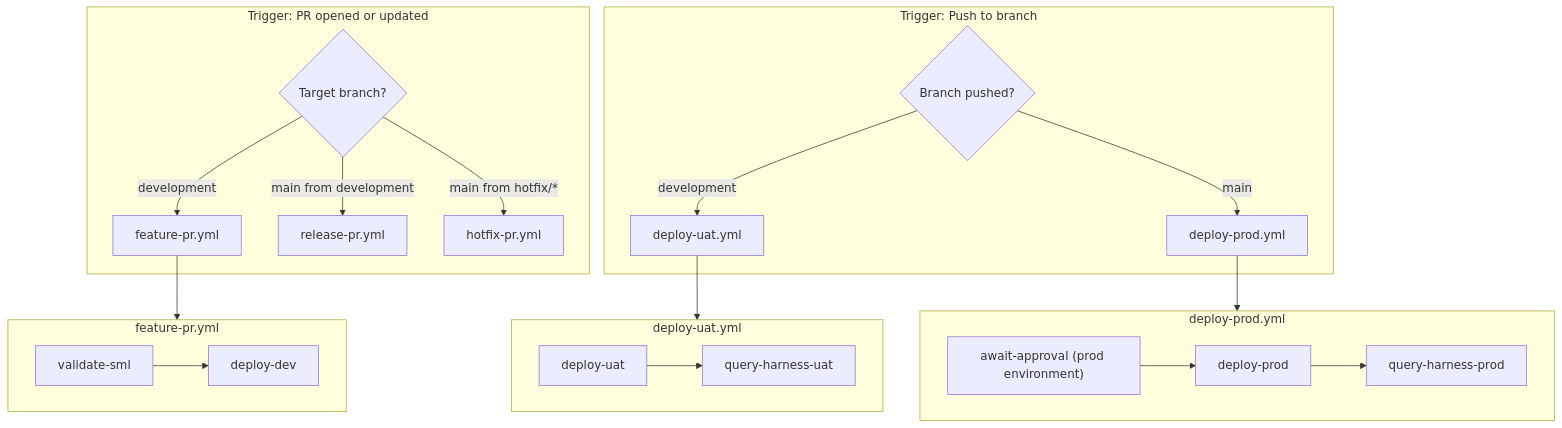
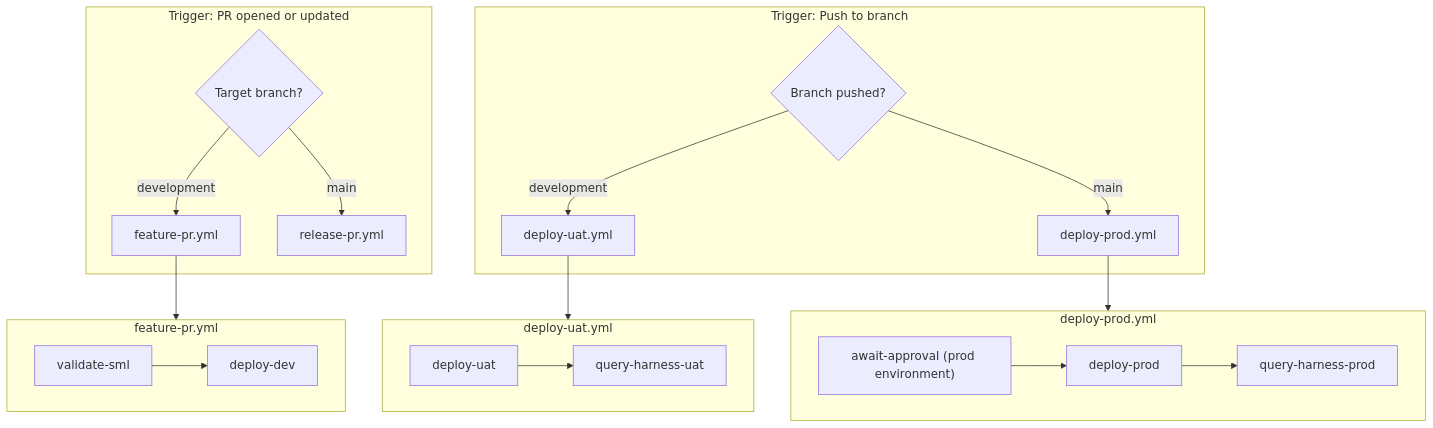
Before and after one commit to AtScaleInc/ps-utils: the fourth of 4 diagrams in docs/MIGRATE.md, drawn with Mermaid. The commit also changed other lines of this file, not shown here.

````diff
--- a/docs/MIGRATE.md
+++ b/docs/MIGRATE.md
@@ -698,38 +705,37 @@
 ```mermaid
 flowchart TD
     subgraph triggers_pr["Trigger: PR opened or updated"]
         T1{Target branch?}
         T1 -->|development| W1["feature-pr.yml"]
-        T1 -->|main from development| W2["release-pr.yml"]
-        T1 -->|main from hotfix/*| W3["hotfix-pr.yml"]
+        T1 -->|main| W2["release-pr.yml"]
     end
 
     subgraph triggers_push["Trigger: Push to branch"]
         T2{Branch pushed?}
         T2 -->|development| W4["deploy-uat.yml"]
         T2 -->|main| W5["deploy-prod.yml"]
     end
 
     subgraph w1["feature-pr.yml"]
         J1A[validate-sml]
         J1B[deploy-dev]
         J1A --> J1B
     end
 
     subgraph w4["deploy-uat.yml"]
         J4A[deploy-uat]
         J4B[query-harness-uat]
         J4A --> J4B
     end
 
     subgraph w5["deploy-prod.yml"]
         J5A["await-approval (prod environment)"]
         J5B[deploy-prod]
         J5C[query-harness-prod]
         J5A --> J5B --> J5C
     end
 
     W1 --> w1
     W4 --> w4
     W5 --> w5
 ```
````
